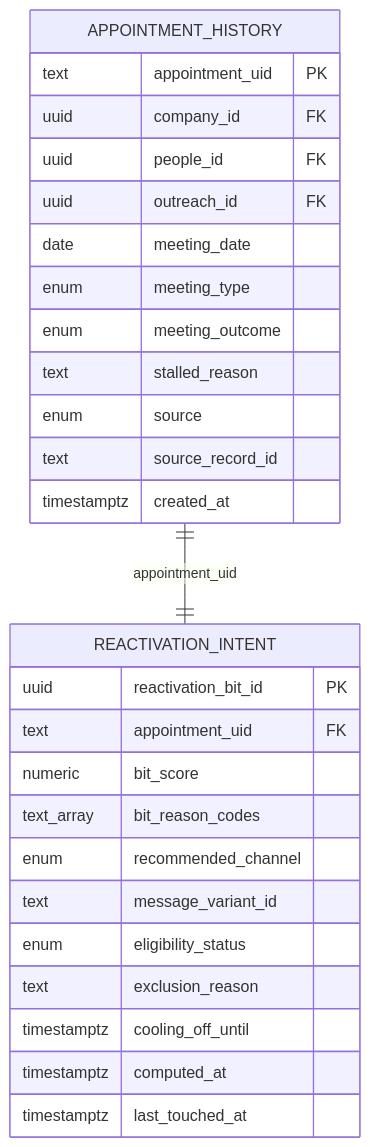
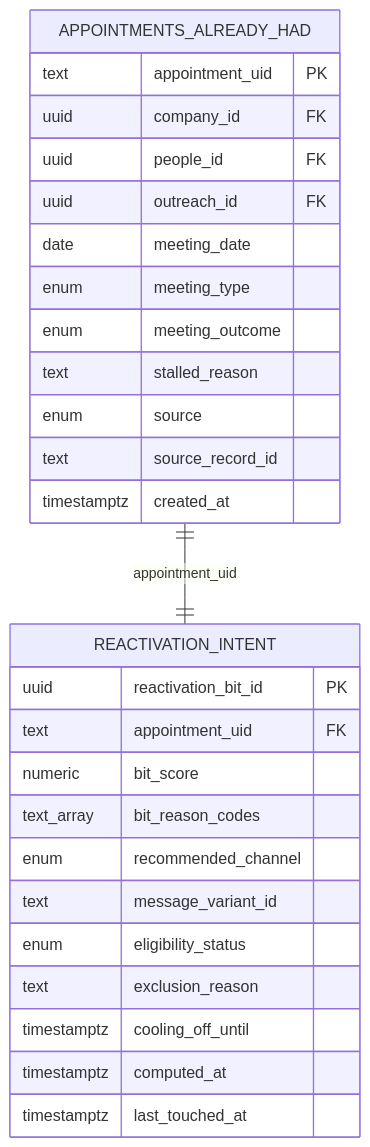
One commit to djb258/barton-outreach-core changed the first of 3 diagrams in docs/architecture/DUAL_LANE_ARCHITECTURE.md. Above: the diagram before and after it, drawn with Mermaid. The commit also changed other lines of this file and 78 other files, not shown here.

````diff
--- a/docs/architecture/DUAL_LANE_ARCHITECTURE.md
+++ b/docs/architecture/DUAL_LANE_ARCHITECTURE.md
@@ -44,33 +53,33 @@
 ```mermaid
 erDiagram
 
-  APPOINTMENT_HISTORY {
+  APPOINTMENTS_ALREADY_HAD {
     text appointment_uid PK
     uuid company_id FK
     uuid people_id FK
     uuid outreach_id FK
     date meeting_date
     enum meeting_type
     enum meeting_outcome
     text stalled_reason
     enum source
     text source_record_id
     timestamptz created_at
   }
 
   REACTIVATION_INTENT {
     uuid reactivation_bit_id PK
     text appointment_uid FK
     numeric bit_score
     text_array bit_reason_codes
     enum recommended_channel
     text message_variant_id
     enum eligibility_status
     text exclusion_reason
     timestamptz cooling_off_until
     timestamptz computed_at
     timestamptz last_touched_at
   }
 
-  APPOINTMENT_HISTORY ||--|| REACTIVATION_INTENT : "appointment_uid"
+  APPOINTMENTS_ALREADY_HAD ||--|| REACTIVATION_INTENT : "appointment_uid"
 ```
````
